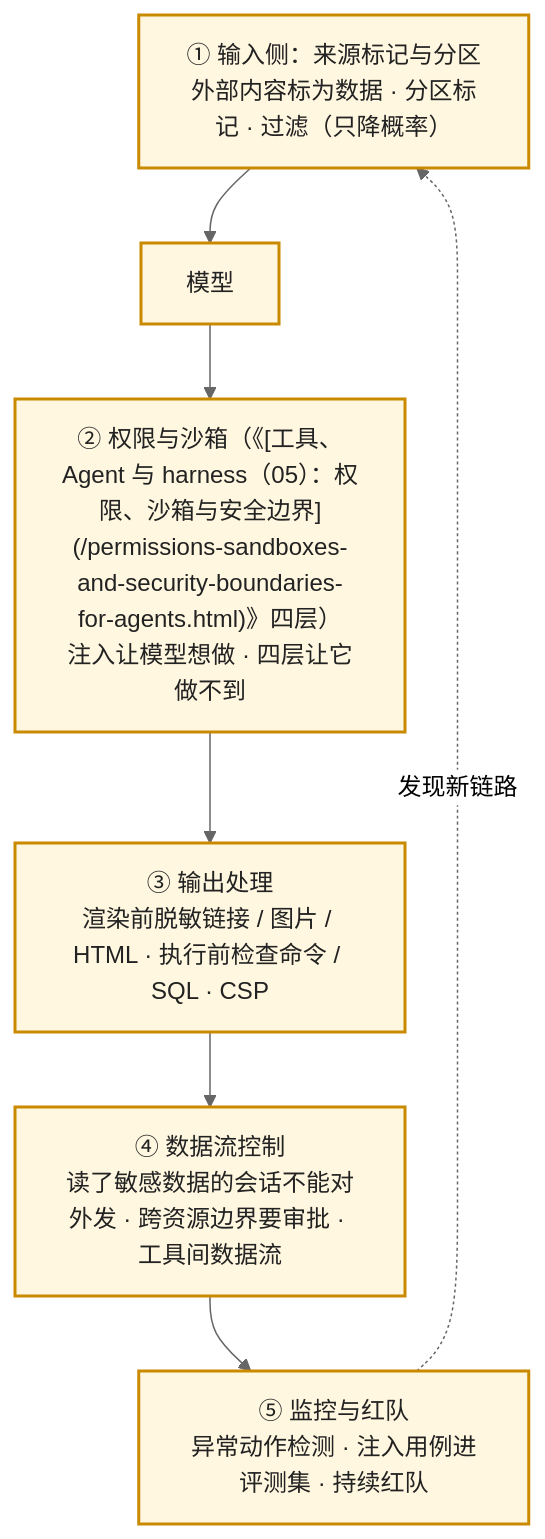
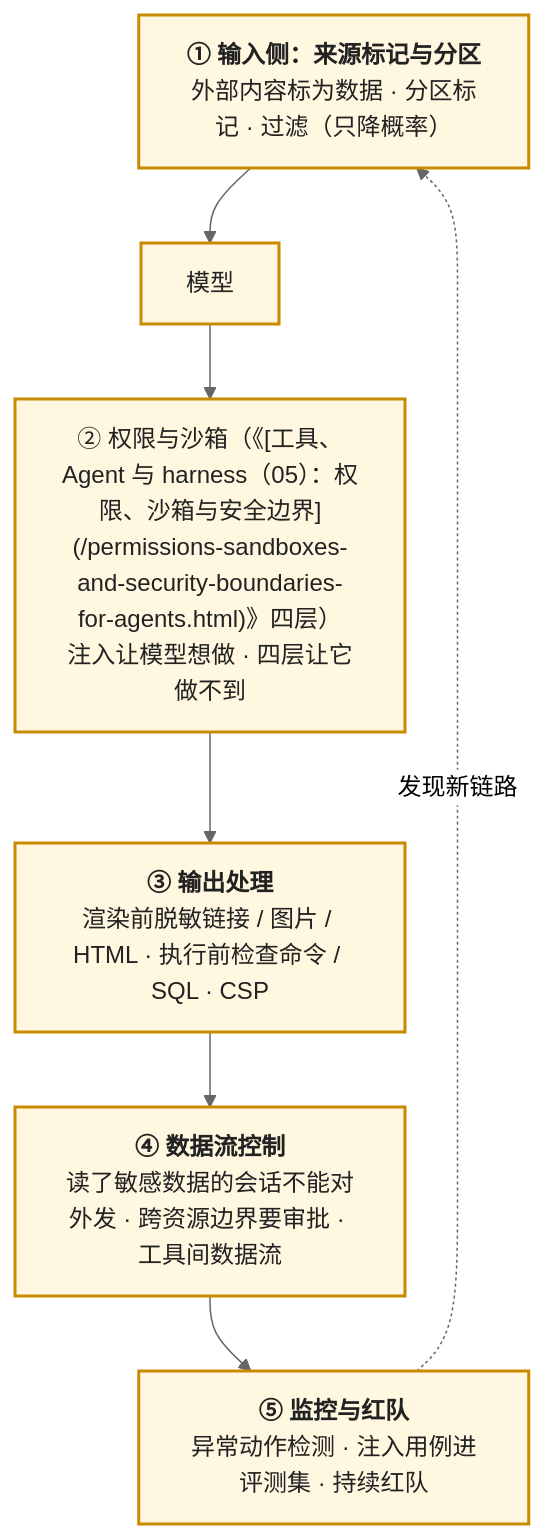
The third of 5 diagrams in _posts/2026-11-11-security-prompt-injection-supply-chain-and-data-exfiltration.md (arganzheng/arganzheng.github.com), drawn with Mermaid (neutral theme) before and after one commit. The commit also changed other lines of this file and 7 other files, not shown here.

First line of the commit message:
生产化与运营：让 AI 应用可靠、可控、可持续地跑：Mermaid 多行方框的首行标为标题（8 篇）

````diff
--- a/_posts/2026-11-11-security-prompt-injection-supply-chain-and-data-exfiltration.md
+++ b/_posts/2026-11-11-security-prompt-injection-supply-chain-and-data-exfiltration.md
@@ -127,13 +127,13 @@
 ```mermaid
 %% 图：五层防御：输入侧标记与分区，权限与沙箱让注入做不到，输出处理脱敏，数据流控制，监控与红队发现新链路
 flowchart TB
-    IN["① 输入侧：来源标记与分区<br/>外部内容标为数据 · 分区标记 · 过滤（只降概率）"] --> M["模型"]
+    IN["<b>① 输入侧：来源标记与分区</b><br/>外部内容标为数据 · 分区标记 · 过滤（只降概率）"] --> M["模型"]
     M --> P["② 权限与沙箱（《[工具、Agent 与 harness（05）：权限、沙箱与安全边界](/permissions-sandboxes-and-security-boundaries-for-agents.html)》四层）<br/>注入让模型想做 · 四层让它做不到"]
-    P --> O["③ 输出处理<br/>渲染前脱敏链接 / 图片 / HTML · 执行前检查命令 / SQL · CSP"]
-    O --> D["④ 数据流控制<br/>读了敏感数据的会话不能对外发 · 跨资源边界要审批 · 工具间数据流"]
-    D --> R["⑤ 监控与红队<br/>异常动作检测 · 注入用例进评测集 · 持续红队"]
+    P --> O["<b>③ 输出处理</b><br/>渲染前脱敏链接 / 图片 / HTML · 执行前检查命令 / SQL · CSP"]
+    O --> D["<b>④ 数据流控制</b><br/>读了敏感数据的会话不能对外发 · 跨资源边界要审批 · 工具间数据流"]
+    D --> R["<b>⑤ 监控与红队</b><br/>异常动作检测 · 注入用例进评测集 · 持续红队"]
     R -.->|"发现新链路"| IN
 
     classDef step fill:#fff7e0,stroke:#c98a00,stroke-width:2px,color:#222
     class IN,M,P,O,D,R step
 ```
````
